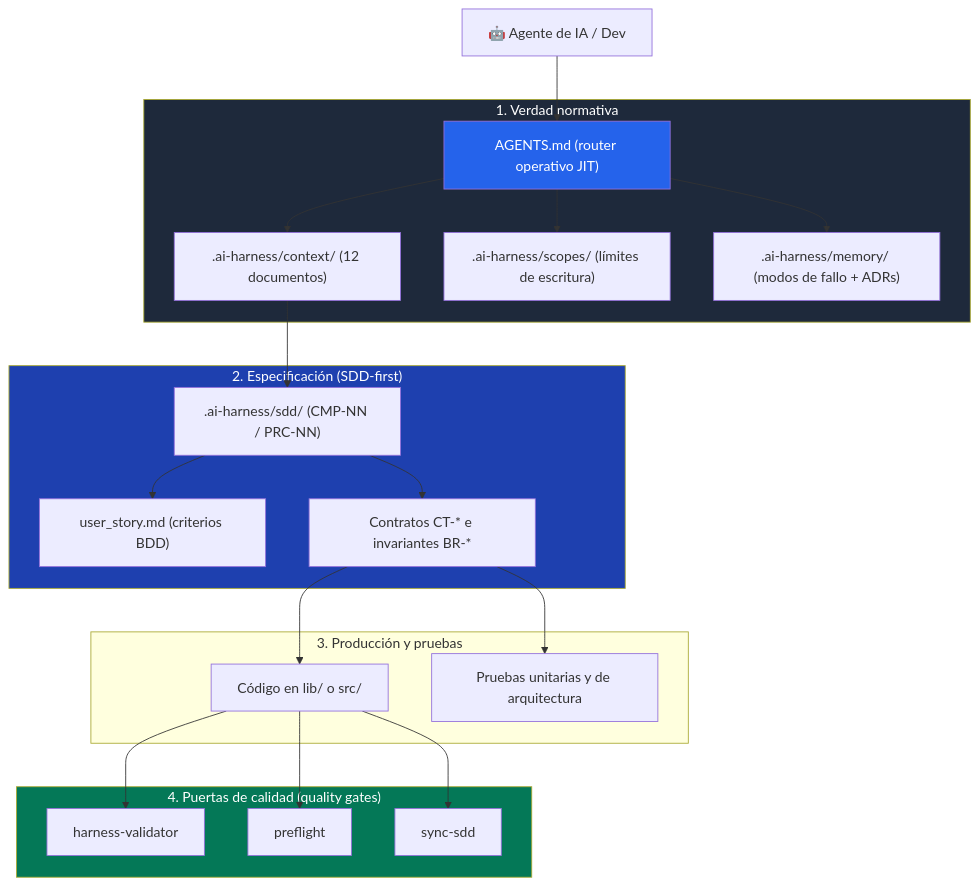
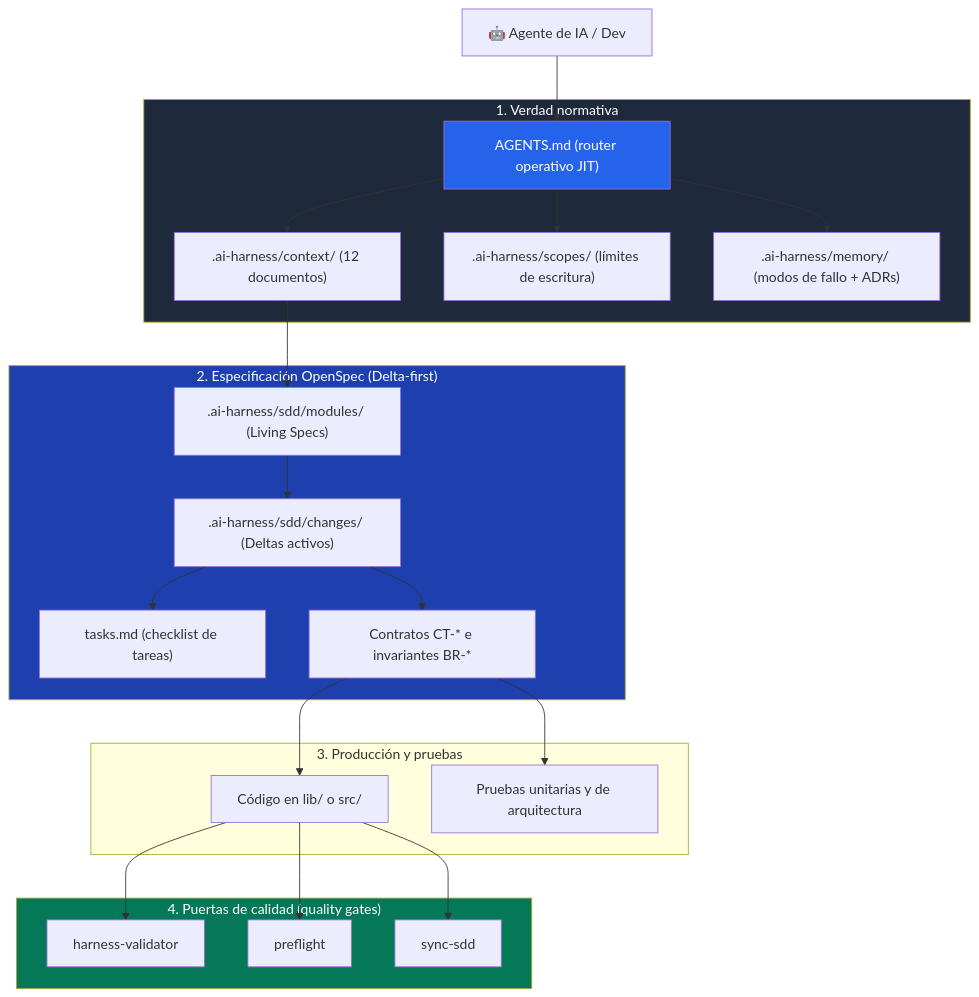
The diagram in README.md (angel-diaz-bcn/harness-launcher), drawn with Mermaid before and after one commit. The commit also changed other lines of this file and 79 other files, not shown here.

Commit message:
feat: adopt OpenSpec architecture, dual CI (GitHub/GitLab), and full governance

````diff
--- a/README.md
+++ b/README.md
@@ -60,32 +70,33 @@
 ```mermaid
 flowchart TD
     Agent["🤖 Agente de IA / Dev"] --> Router["AGENTS.md (router operativo JIT)"]
     
     subgraph Normativa["1. Verdad normativa"]
         Router --> Context[".ai-harness/context/ (12 documentos)"]
         Router --> Scopes[".ai-harness/scopes/ (límites de escritura)"]
         Router --> Memory[".ai-harness/memory/ (modos de fallo + ADRs)"]
     end
     
-    subgraph SDD["2. Especificación (SDD-first)"]
-        Context --> Spec[".ai-harness/sdd/ (CMP-NN / PRC-NN)"]
-        Spec --> Story["user_story.md (criterios BDD)"]
-        Spec --> Contract["Contratos CT-* e invariantes BR-*"]
+    subgraph SDD["2. Especificación OpenSpec (Delta-first)"]
+        Context --> Modules[".ai-harness/sdd/modules/ (Living Specs)"]
+        Modules --> Changes[".ai-harness/sdd/changes/ (Deltas activos)"]
+        Changes --> Tasks["tasks.md (checklist de tareas)"]
+        Changes --> Contract["Contratos CT-* e invariantes BR-*"]
     end
     
     subgraph Code["3. Producción y pruebas"]
         Contract --> Prod["Código en lib/ o src/"]
         Contract --> Tests["Pruebas unitarias y de arquitectura"]
     end
     
     subgraph Gates["4. Puertas de calidad (quality gates)"]
         Prod --> Gate1["harness-validator"]
         Prod --> Gate2["preflight"]
         Prod --> Gate3["sync-sdd"]
     end
     
     style Router fill:#2563EB,color:#fff
     style Normativa fill:#1E293B,color:#fff
     style SDD fill:#1E40AF,color:#fff
     style Gates fill:#047857,color:#fff
 ```
````
